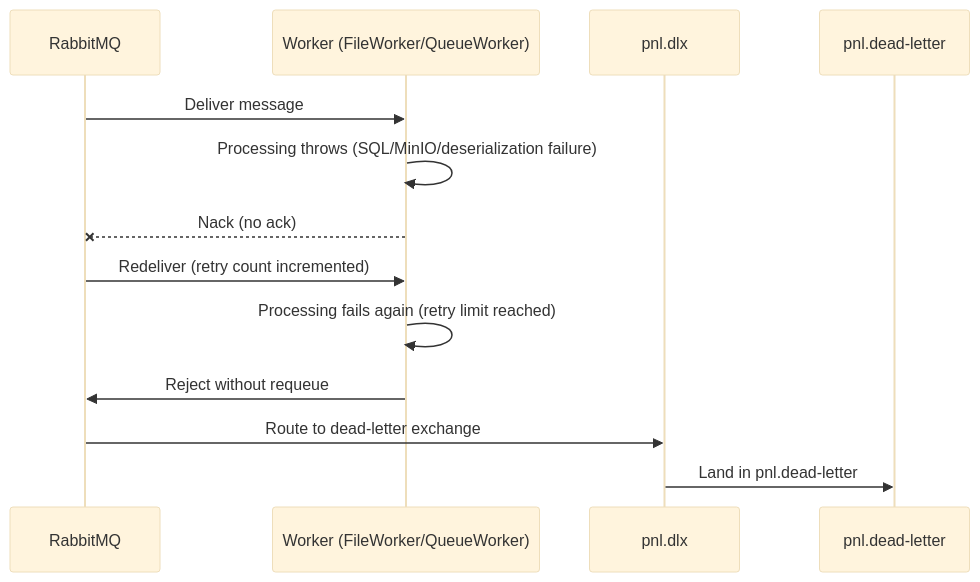
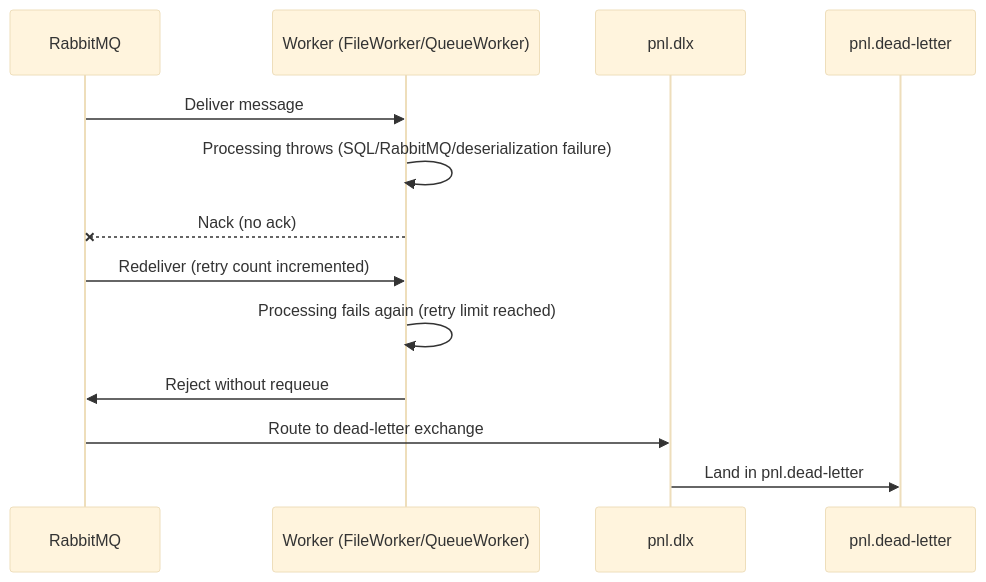
The third of 3 diagrams in detailed-workflow.md (kabhishek1801/pnl-poc), drawn with Mermaid (base theme) before and after one commit. The commit also changed 12 other files, not shown here.

````diff
--- a/detailed-workflow.md
+++ b/detailed-workflow.md
@@ -101,16 +101,16 @@
 ```mermaid
 sequenceDiagram
     participant MQ as RabbitMQ
     participant W as Worker (FileWorker/QueueWorker)
     participant DLX as pnl.dlx
     participant DLQ as pnl.dead-letter
 
     MQ->>W: Deliver message
-    W->>W: Processing throws (SQL/MinIO/deserialization failure)
+    W->>W: Processing throws (SQL/RabbitMQ/deserialization failure)
     W--xMQ: Nack (no ack)
     MQ->>W: Redeliver (retry count incremented)
     W->>W: Processing fails again (retry limit reached)
     W->>MQ: Reject without requeue
     MQ->>DLX: Route to dead-letter exchange
     DLX->>DLQ: Land in pnl.dead-letter
 ```
````
